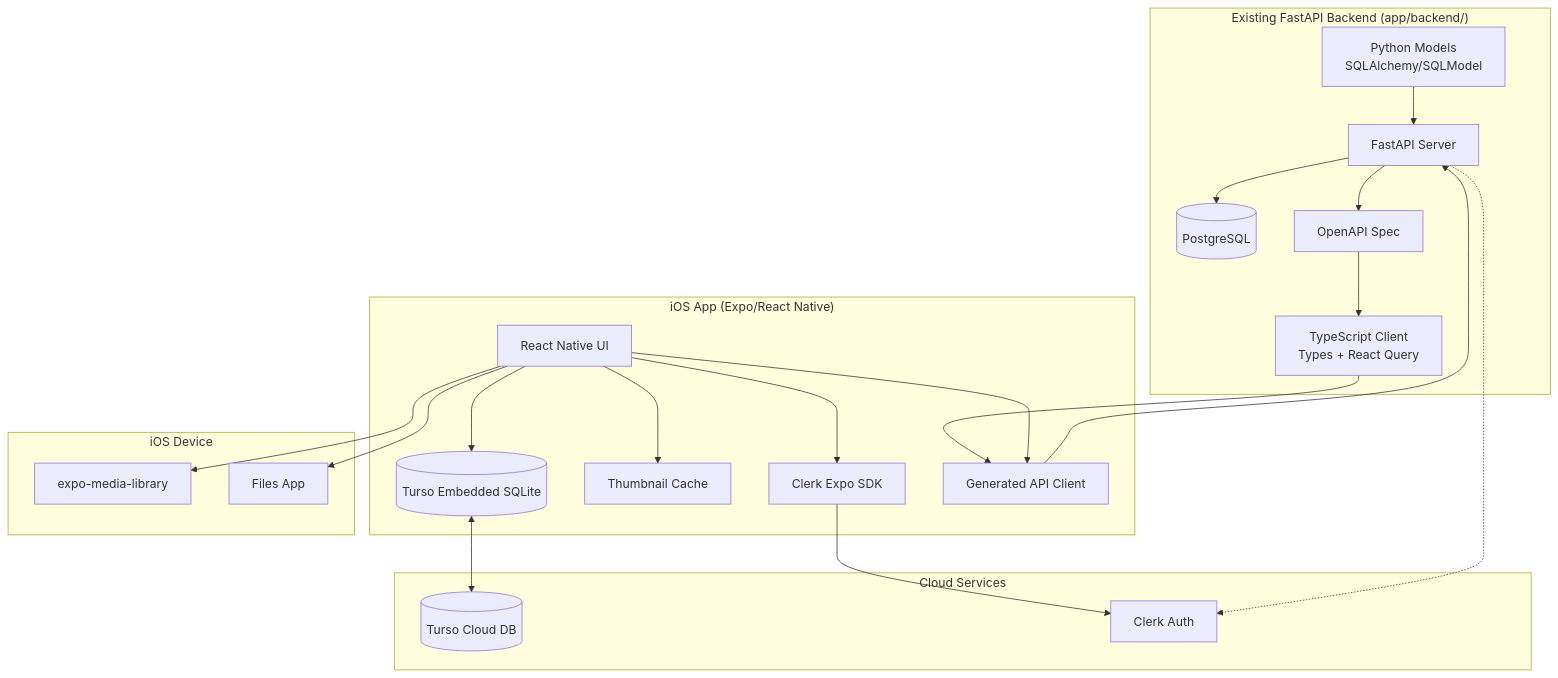
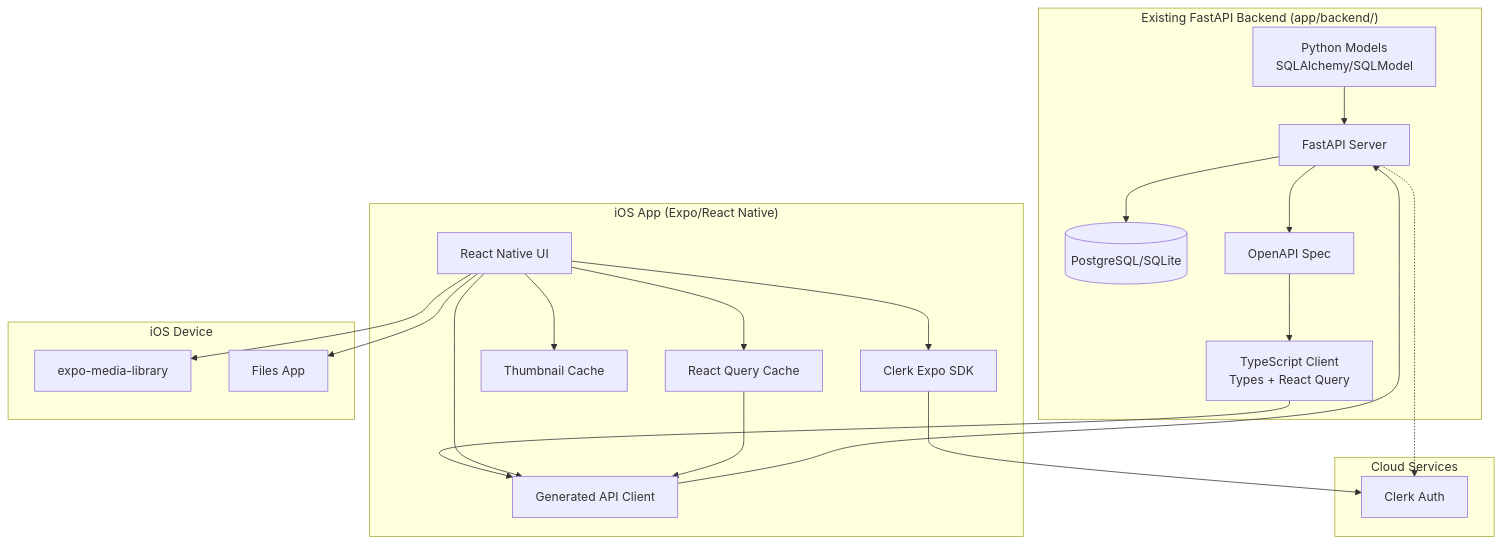
One commit to imdevan/pypo changed the diagram in .kiro/specs/dance-partner-mvp/design.md. Above: the diagram before and after it, drawn with Mermaid. The commit also changed other lines of this file and 2 other files, not shown here.

````diff
--- a/.kiro/specs/dance-partner-mvp/design.md
+++ b/.kiro/specs/dance-partner-mvp/design.md
@@ -22,48 +22,46 @@
 ```mermaid
 flowchart TB
     subgraph Backend["Existing FastAPI Backend (app/backend/)"]
         PyModels[Python Models<br/>SQLAlchemy/SQLModel]
         FastAPI[FastAPI Server]
-        PostgreSQL[(PostgreSQL)]
+        PostgreSQL[(PostgreSQL/SQLite)]
         OpenAPI[OpenAPI Spec]
         TSClient[TypeScript Client<br/>Types + React Query]
     end
     
     subgraph Cloud["Cloud Services"]
-        TursoCloud[(Turso Cloud DB)]
         ClerkCloud[Clerk Auth]
     end
     
     subgraph Mobile["iOS App (Expo/React Native)"]
         UI[React Native UI]
-        TursoEmbed[(Turso Embedded SQLite)]
+        RQCache[React Query Cache]
         TC[Thumbnail Cache]
         ClerkSDK[Clerk Expo SDK]
         GenClient[Generated API Client]
     end
     
     subgraph Device["iOS Device"]
         MediaLib[expo-media-library]
         Files[Files App]
     end
     
     PyModels --> FastAPI
     FastAPI --> PostgreSQL
     FastAPI --> OpenAPI
     OpenAPI --> TSClient
     TSClient --> GenClient
     
-    TursoEmbed <--> TursoCloud
-    
-    UI --> TursoEmbed
+    UI --> RQCache
     UI --> TC
     UI --> ClerkSDK
     UI --> GenClient
     GenClient --> FastAPI
+    RQCache --> GenClient
     
     ClerkSDK --> ClerkCloud
     FastAPI -.-> ClerkCloud
     
     UI --> MediaLib
     UI --> Files
 ```
````
